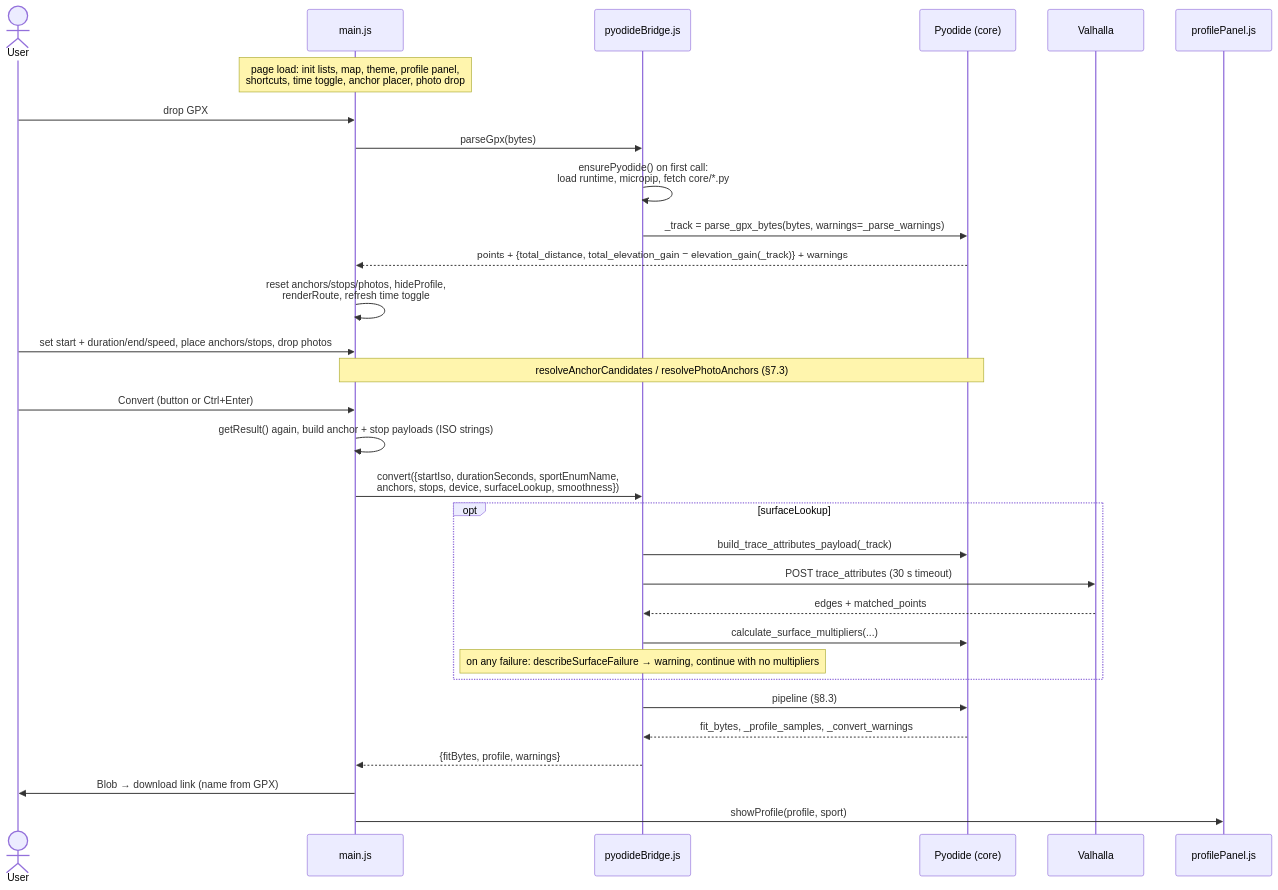
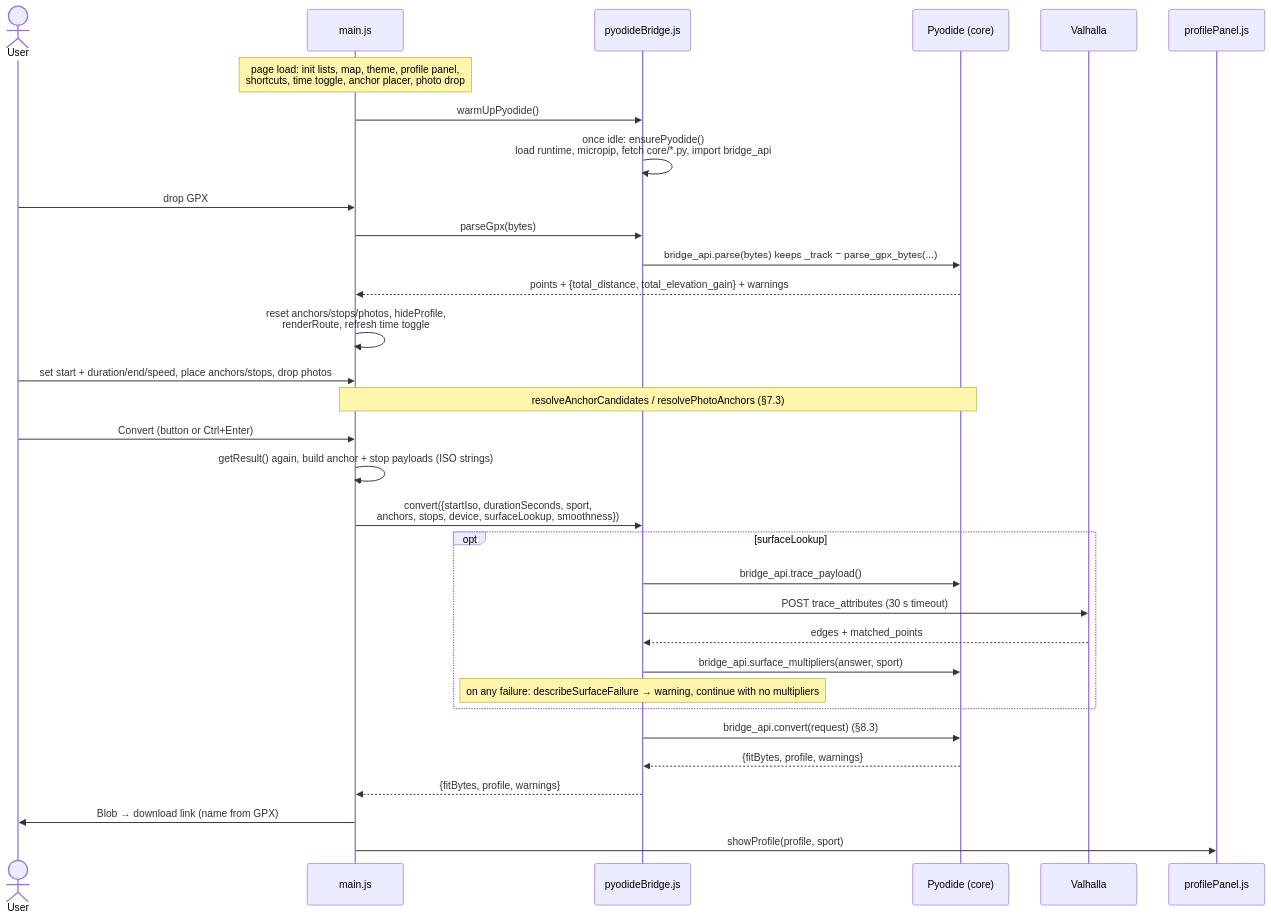
One commit to martin-iflap/GPX_to_FIT changed diagram 14 of 16 in docs/ARCHITECTURE.md. Above: the diagram before and after it, drawn with Mermaid. The commit also changed other lines of this file and 98 other files, not shown here.

````diff
--- a/docs/ARCHITECTURE.md
+++ b/docs/ARCHITECTURE.md
@@ -1010,34 +1109,35 @@
 ```mermaid
 sequenceDiagram
   actor U as User
   participant Main as main.js
   participant B as pyodideBridge.js
   participant Py as Pyodide (core)
   participant V as Valhalla
   participant PP as profilePanel.js
 
   Note over Main: page load: init lists, map, theme, profile panel,<br/>shortcuts, time toggle, anchor placer, photo drop
+  Main->>B: warmUpPyodide()
+  B->>B: once idle: ensurePyodide()<br/>load runtime, micropip, fetch core/*.py, import bridge_api
   U->>Main: drop GPX
   Main->>B: parseGpx(bytes)
-  B->>B: ensurePyodide() on first call:<br/>load runtime, micropip, fetch core/*.py
-  B->>Py: _track = parse_gpx_bytes(bytes, warnings=_parse_warnings)
-  Py-->>Main: points + {total_distance, total_elevation_gain = elevation_gain(_track)} + warnings
+  B->>Py: bridge_api.parse(bytes) keeps _track = parse_gpx_bytes(...)
+  Py-->>Main: points + {total_distance, total_elevation_gain} + warnings
   Main->>Main: reset anchors/stops/photos, hideProfile,<br/>renderRoute, refresh time toggle
   U->>Main: set start + duration/end/speed, place anchors/stops, drop photos
   Note over Main,Py: resolveAnchorCandidates / resolvePhotoAnchors (§7.3)
   U->>Main: Convert (button or Ctrl+Enter)
   Main->>Main: getResult() again, build anchor + stop payloads (ISO strings)
-  Main->>B: convert({startIso, durationSeconds, sportEnumName,<br/>anchors, stops, device, surfaceLookup, smoothness})
+  Main->>B: convert({startIso, durationSeconds, sport,<br/>anchors, stops, device, surfaceLookup, smoothness})
   opt surfaceLookup
-    B->>Py: build_trace_attributes_payload(_track)
+    B->>Py: bridge_api.trace_payload()
     B->>V: POST trace_attributes (30 s timeout)
     V-->>B: edges + matched_points
-    B->>Py: calculate_surface_multipliers(...)
+    B->>Py: bridge_api.surface_multipliers(answer, sport)
     Note over B: on any failure: describeSurfaceFailure → warning, continue with no multipliers
   end
-  B->>Py: pipeline (§8.3)
-  Py-->>B: fit_bytes, _profile_samples, _convert_warnings
+  B->>Py: bridge_api.convert(request) (§8.3)
+  Py-->>B: {fitBytes, profile, warnings}
   B-->>Main: {fitBytes, profile, warnings}
   Main->>U: Blob → download link (name from GPX)
   Main->>PP: showProfile(profile, sport)
 ```
````
